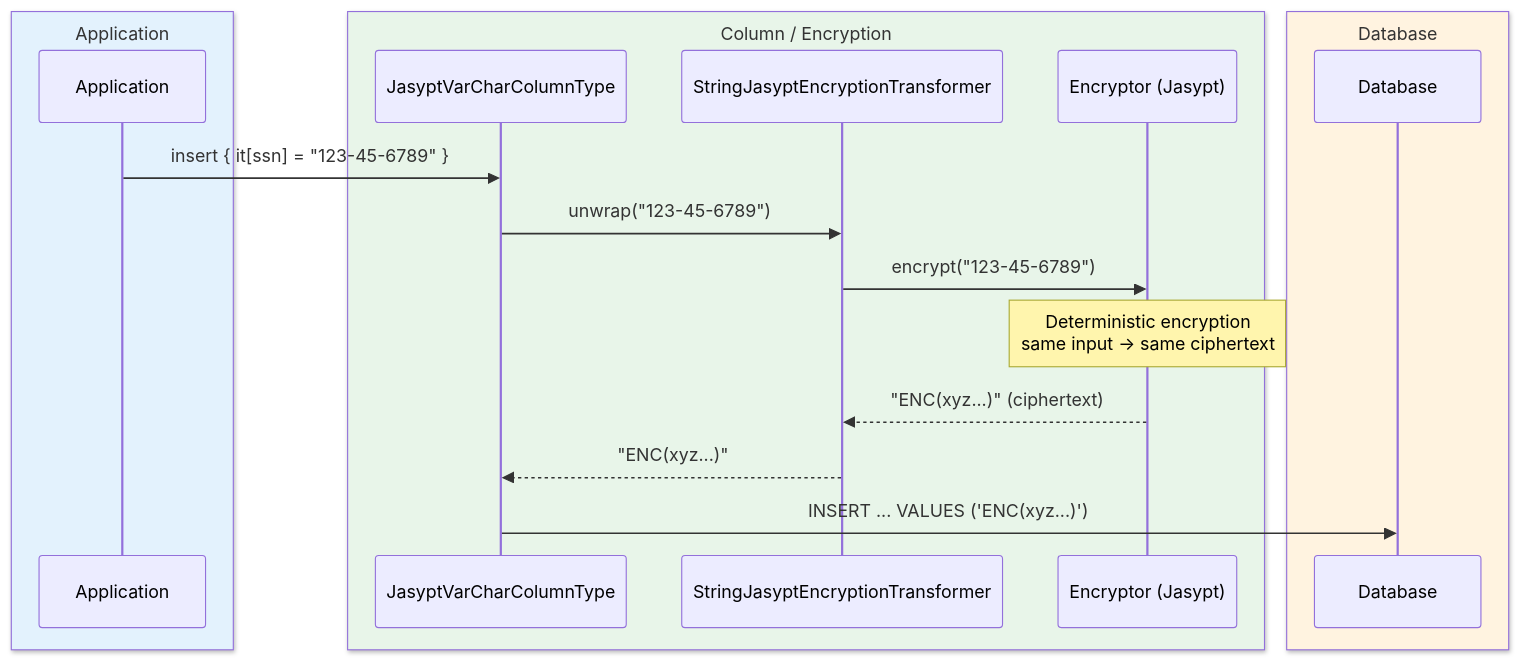
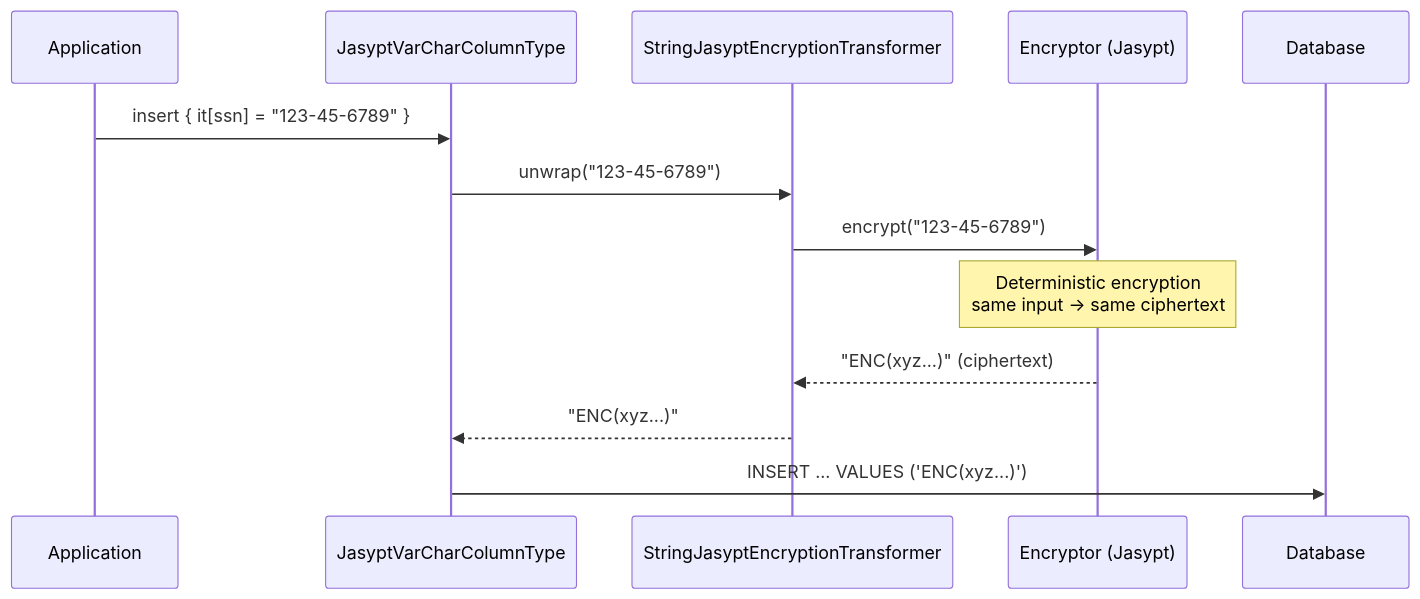
One commit to bluetape4k/bluetape4k-projects changed the third of 4 diagrams in data/exposed-jasypt/README.md. Above: the diagram before and after it, drawn with Mermaid. The commit also changed other lines of this file and 219 other files, not shown here.

First line of the commit message:
docs: 전체 README Mermaid 다이어그램 가이드 적용

````diff
--- a/data/exposed-jasypt/README.md
+++ b/data/exposed-jasypt/README.md
@@ -184,22 +184,16 @@
 ```mermaid
 sequenceDiagram
-    box rgb(227, 242, 253) Application
         participant App as Application
-    end
-    box rgb(232, 245, 233) Column / Encryption
         participant Col as JasyptVarCharColumnType
         participant Tx as StringJasyptEncryptionTransformer
         participant Enc as Encryptor (Jasypt)
-    end
-    box rgb(255, 243, 224) Database
         participant DB as Database
-    end
 
     App->>Col: insert { it[ssn] = "123-45-6789" }
     Col->>Tx: unwrap("123-45-6789")
     Tx->>Enc: encrypt("123-45-6789")
     Note over Enc: Deterministic encryption<br/>same input → same ciphertext
     Enc-->>Tx: "ENC(xyz...)" (ciphertext)
     Tx-->>Col: "ENC(xyz...)"
     Col->>DB: INSERT ... VALUES ('ENC(xyz...)')
 ```
````
